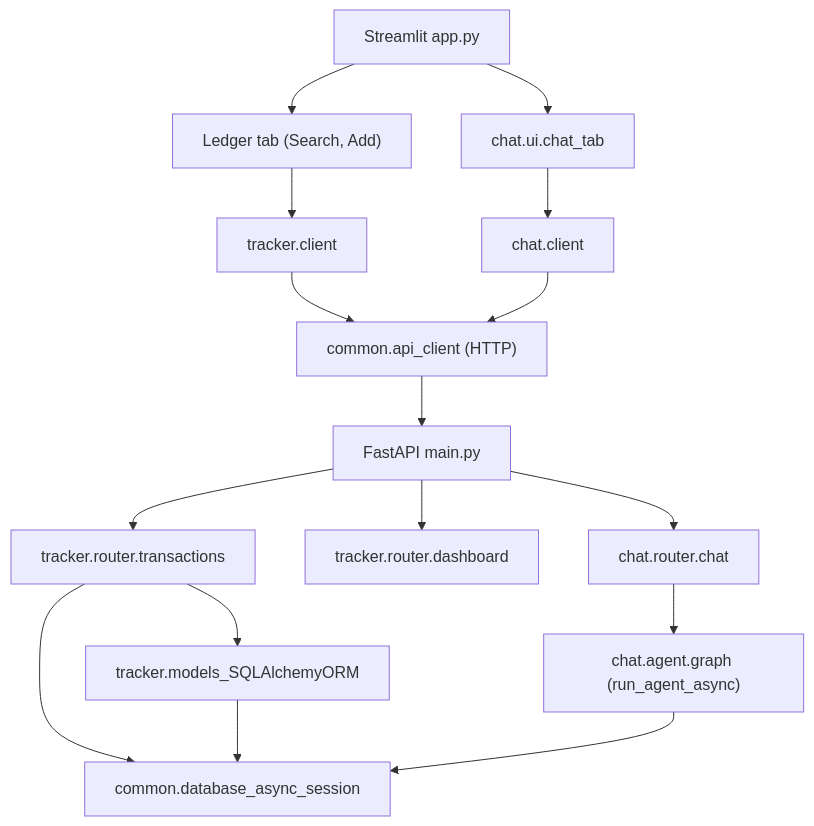
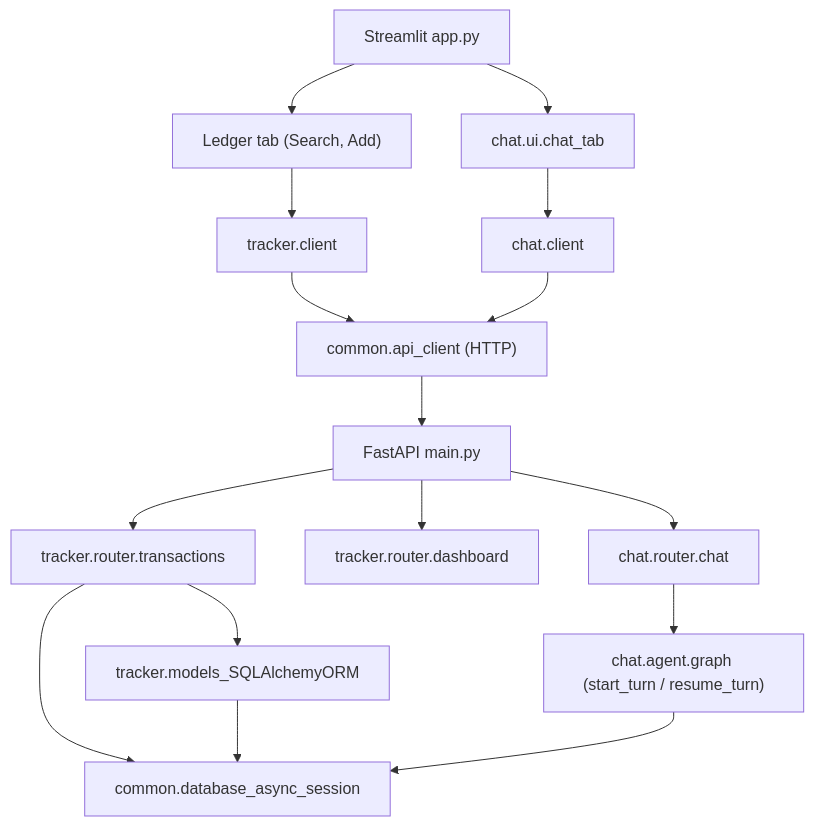
The diagram in ARCHITECTURE.md (reddybharat/parsel), drawn with Mermaid before and after one commit. The commit also changed other lines of this file and 12 other files, not shown here.

Commit message:
Refactor chat API to support session management with start, resume, and exit functionalities.

````diff
--- a/ARCHITECTURE.md
+++ b/ARCHITECTURE.md
@@ -73,18 +75,18 @@
 ```mermaid
 flowchart TD
   streamlitApp["Streamlit app.py"] --> trackerUI["Ledger tab (Search, Add)"]
   streamlitApp --> chatUI["chat.ui.chat_tab"]
   trackerUI --> trackerClient["tracker.client"]
   chatUI --> chatClient["chat.client"]
   trackerClient --> apiClient["common.api_client (HTTP)"]
   chatClient --> apiClient
   apiClient --> mainApp["FastAPI main.py"]
   mainApp --> trackerRouter["tracker.router.transactions"]
   mainApp --> dashboardRouter["tracker.router.dashboard"]
   mainApp --> chatRouter["chat.router.chat"]
   trackerRouter --> commonDB["common.database_async_session"]
   trackerRouter --> trackerModels["tracker.models_SQLAlchemyORM"]
   trackerModels --> commonDB
-  chatRouter --> chatAgent["chat.agent.graph (run_agent_async)"]
+  chatRouter --> chatAgent["chat.agent.graph (start_turn / resume_turn)"]
   chatAgent --> commonDB
 ```
````
